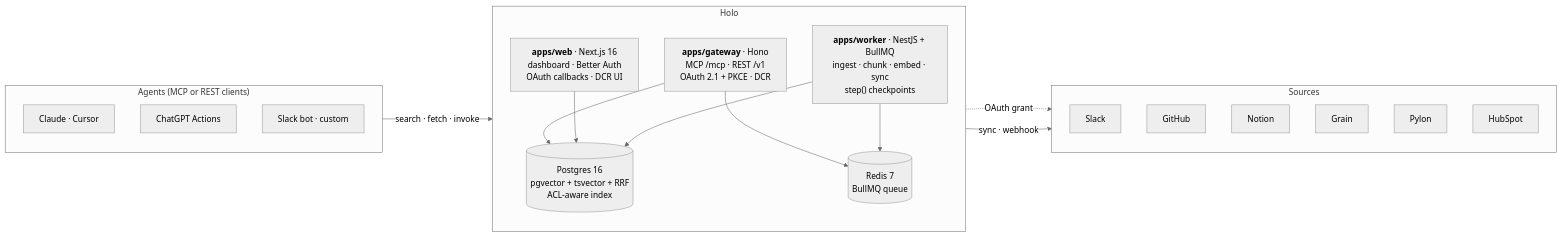
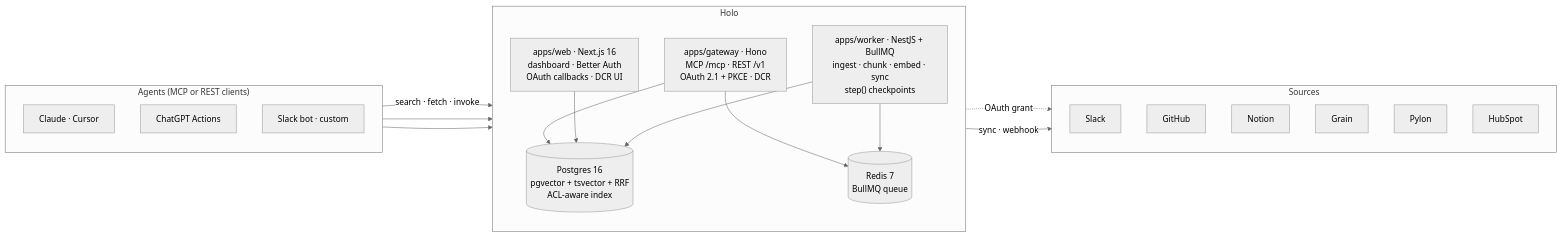
The diagram in README.md (maakle/holo), drawn with Mermaid (neutral theme) before and after one commit.

Commit message:
docs(readme): fix architecture diagram failing to render on GitHub
The mermaid diagram was stuck on "Loading" on GitHub. Two changes:

- Replace subgraph-level edges (`A --> GW`, `WEB -. .-> S`, `WK --> S`)
  with concrete node-level edges. Subgraph endpoints have known rendering
  bugs in GitHub's Mermaid version, especially when combined with edge
  labels and HTML node labels.
- Drop `<b>...</b>` tags from node labels (kept `<br/>`). HTML formatting
  inside quoted node labels can fail under stricter sanitization.

Side benefit: aspect ratio drops from 2368×704 to 1163×1252, which fits
the README column much better.

````diff
--- a/README.md
+++ b/README.md
@@ -48,37 +48,39 @@
 ```mermaid
 flowchart LR
     subgraph A["Agents (MCP or REST clients)"]
       direction TB
       A1["Claude · Cursor"]
       A2["ChatGPT Actions"]
       A3["Slack bot · custom"]
     end
 
     subgraph H["Holo"]
       direction TB
-      GW["<b>apps/gateway</b> · Hono<br/>MCP /mcp · REST /v1<br/>OAuth 2.1 + PKCE · DCR"]
-      WEB["<b>apps/web</b> · Next.js 16<br/>dashboard · Better Auth<br/>OAuth callbacks · DCR UI"]
-      WK["<b>apps/worker</b> · NestJS + BullMQ<br/>ingest · chunk · embed · sync<br/>step() checkpoints"]
+      GW["apps/gateway · Hono<br/>MCP /mcp · REST /v1<br/>OAuth 2.1 + PKCE · DCR"]
+      WEB["apps/web · Next.js 16<br/>dashboard · Better Auth<br/>OAuth callbacks · DCR UI"]
+      WK["apps/worker · NestJS + BullMQ<br/>ingest · chunk · embed · sync<br/>step() checkpoints"]
       PG[("Postgres 16<br/>pgvector + tsvector + RRF<br/>ACL-aware index")]
       RD[("Redis 7<br/>BullMQ queue")]
     end
 
     subgraph S["Sources"]
       direction TB
       S1["Slack"]
       S2["GitHub"]
       S3["Notion"]
       S4["Grain"]
       S5["Pylon"]
       S6["HubSpot"]
     end
 
-    A -->|"search · fetch · invoke"| GW
+    A1 -->|"search · fetch · invoke"| GW
+    A2 --> GW
+    A3 --> GW
     GW --> PG
     GW --> RD
     WEB --> PG
-    WEB -. "OAuth grant" .-> S
+    WEB -. "OAuth grant" .-> S3
     WK --> PG
     WK --> RD
-    WK -->|"sync · webhook"| S
+    WK -->|"sync · webhook"| S3
 ```
````
